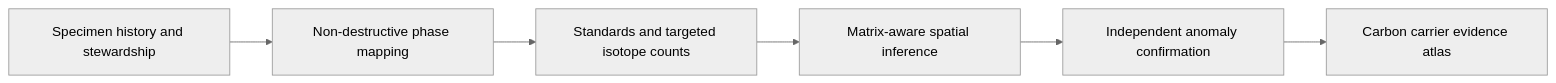
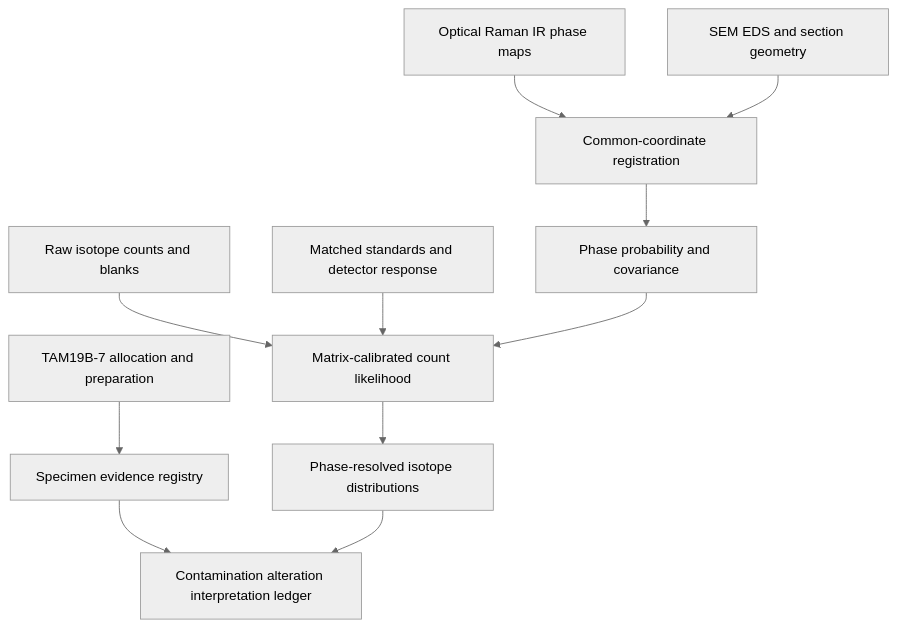
The diagram in visuals/projects/H04.mmd (Personfu/engineering), drawn with Mermaid (neutral theme) before and after one commit. The commit also changed 816 other files, not shown here.

```diff
--- a/visuals/projects/H04.mmd
+++ b/visuals/projects/H04.mmd
@@ -1,6 +1,11 @@
-flowchart LR
- A[Specimen history and stewardship] --> B[Non-destructive phase mapping]
- B --> C[Standards and targeted isotope counts]
- C --> D[Matrix-aware spatial inference]
- D --> E[Independent anomaly confirmation]
- E --> F[Carbon carrier evidence atlas]
+flowchart TB
+ A[TAM19B-7 allocation and preparation] --> B[Specimen evidence registry]
+ C[Optical Raman IR phase maps] --> D[Common-coordinate registration]
+ E[SEM EDS and section geometry] --> D
+ D --> F[Phase probability and covariance]
+ G[Raw isotope counts and blanks] --> H[Matrix-calibrated count likelihood]
+ I[Matched standards and detector response] --> H
+ F --> H
+ H --> J[Phase-resolved isotope distributions]
+ B --> K[Contamination alteration interpretation ledger]
+ J --> K
```
